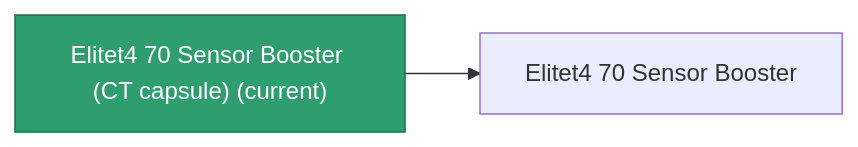
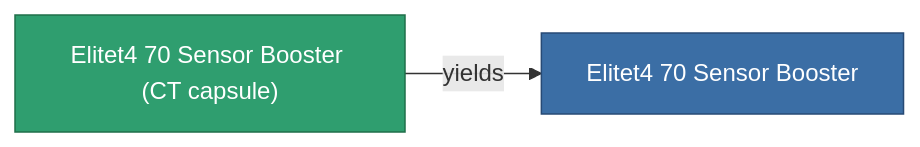
The diagram in content/content/items/elitet4_70_sensor_booster_CT_capsule.md (OpenPerpetuum/Wiki), drawn with Mermaid before and after one commit. The commit also changed other lines of this file and 2015 other files, not shown here.

````diff
--- a/content/content/items/elitet4_70_sensor_booster_CT_capsule.md
+++ b/content/content/items/elitet4_70_sensor_booster_CT_capsule.md
@@ -33,8 +33,9 @@
 ```mermaid
 graph LR
-    a["Elitet4 70 Sensor Booster (CT capsule) (current)"]:::current
-    b["Elitet4 70 Sensor Booster"]
-    a --> b
-    click b "/content/items/elitet4-70-sensor-booster/" "Elitet4 70 Sensor Booster"
+    a["Elitet4 70 Sensor Booster (CT capsule)"]:::current
+    b["Elitet4 70 Sensor Booster"]:::finished
+    a -->|yields| b
+                click b "/content/items/elitet4-70-sensor-booster/" "Elitet4 70 Sensor Booster"
     classDef current fill:#2f9e6f,stroke:#1f6f4a,color:#ffffff
+    classDef finished fill:#3b6ea5,stroke:#274a75,color:#ffffff
 ```
````
